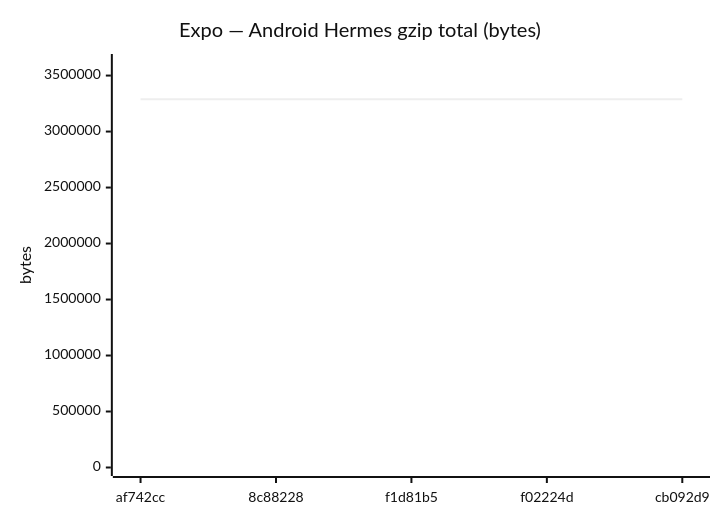
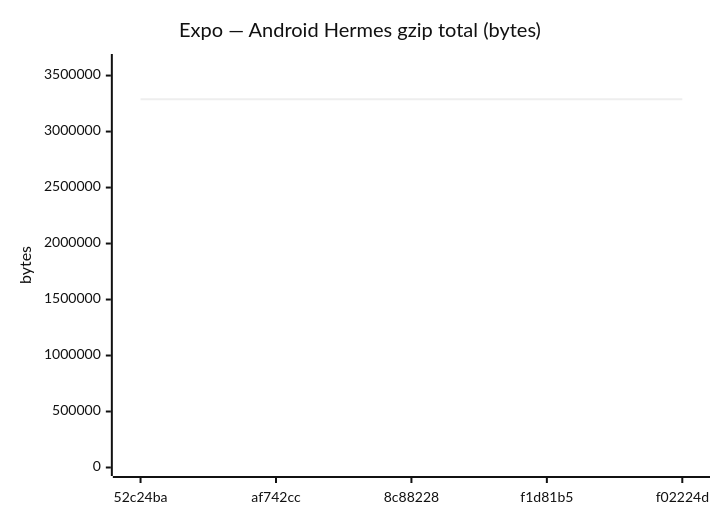
Diagram 11 of 18 in benchmarks/compare.md (Metaheurist/Rianell), drawn with Mermaid (neutral theme) before and after one commit. The commit also changed other lines of this file and 11 other files, not shown here.

````diff
--- a/benchmarks/compare.md
+++ b/benchmarks/compare.md
@@ -172,7 +172,7 @@
 ```mermaid
 xychart-beta
     title "Expo — Android Hermes gzip total (bytes)"
-    x-axis ["af742cc", "8c88228", "f1d81b5", "f02224d", "cb092d9"]
+    x-axis ["52c24ba", "af742cc", "8c88228", "f1d81b5", "f02224d"]
     y-axis "bytes" 0 --> 3616656
-    line [3287424, 3287869, 3287424, 3287426, 3287424]
+    line [3287423, 3287424, 3287869, 3287424, 3287426]
 ```
````
